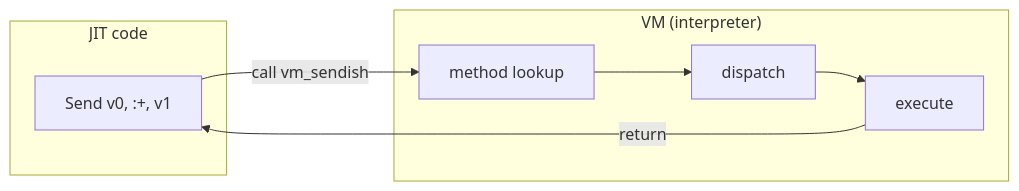
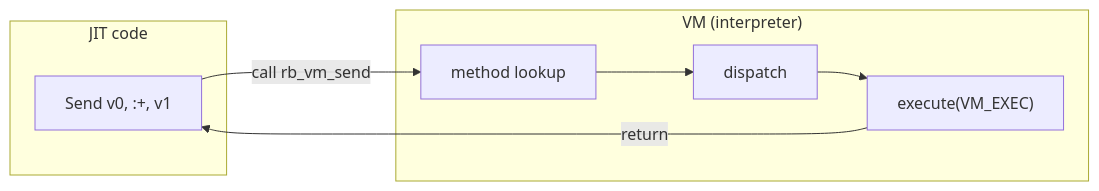
Before and after one commit to Nozomi-Hijikata/slides: the first of 4 diagrams in rubykaigi-bootcamp-2026/slides.md, drawn with Mermaid. The commit also changed other lines of this file, not shown here.

````diff
--- a/rubykaigi-bootcamp-2026/slides.md
+++ b/rubykaigi-bootcamp-2026/slides.md
@@ -695,11 +696,11 @@
 ```mermaid {scale: 0.9}
 graph LR
     subgraph JIT["JIT code"]
         A["Send v0, :+, v1"]
     end
     subgraph VM["VM (interpreter)"]
-        B["method lookup"] --> C["dispatch"] --> D["execute"]
+        B["method lookup"] --> C["dispatch"] --> D["execute(VM_EXEC)"]
     end
-    A -- "call vm_sendish" --> B
+    A -- "call rb_vm_send" --> B
     D -- "return" --> A
 ```
````
